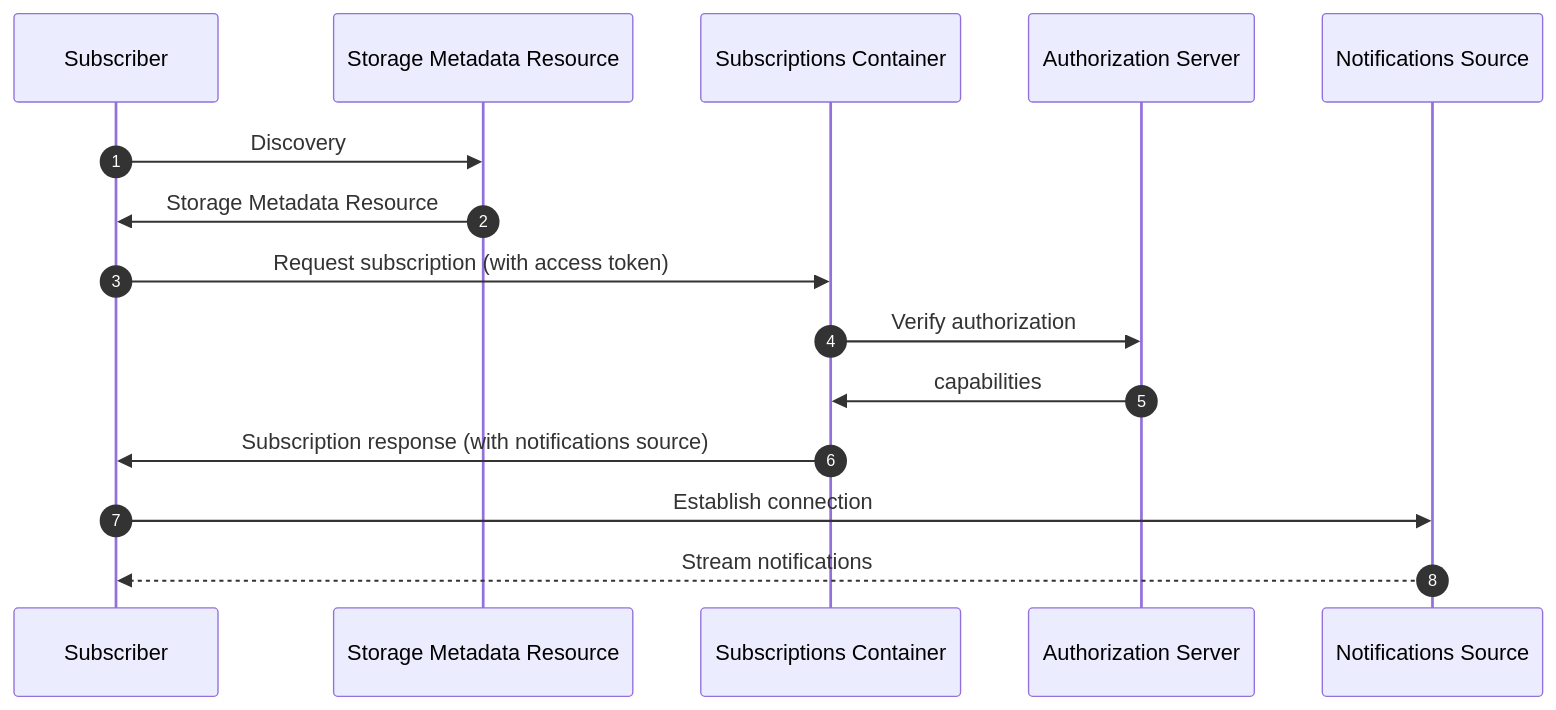
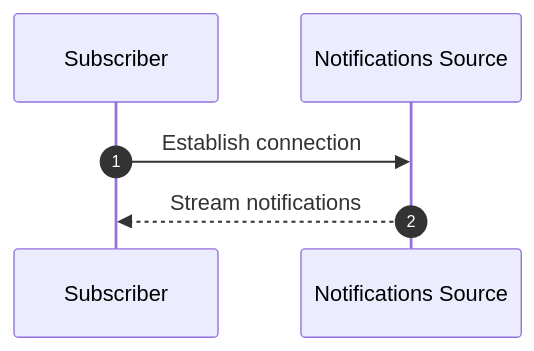
One commit to solid/notifications changed the diagram in notifications-flow-source.mmd. Above: the diagram before and after it, drawn with Mermaid. The commit also changed 3 other files, not shown here.

Commit message:
Simplify flow diagrams

```diff
--- a/notifications-flow-source.mmd
+++ b/notifications-flow-source.mmd
@@ -1,16 +1,7 @@
 sequenceDiagram
   autonumber
   participant Subscriber
-  participant Storage Metadata Resource
-  participant Subscriptions Container
-  participant Authorization Server
   participant Notifications Source
 
-  Subscriber ->> Storage Metadata Resource: Discovery
-  Storage Metadata Resource ->> Subscriber: Storage Metadata Resource
-  Subscriber ->> Subscriptions Container: Request subscription (with access token)
-  Subscriptions Container ->> Authorization Server: Verify authorization
-  Authorization Server ->> Subscriptions Container: capabilities
-  Subscriptions Container ->> Subscriber: Subscription response (with notifications source)
   Subscriber ->> Notifications Source: Establish connection
   Notifications Source -->> Subscriber: Stream notifications
```
